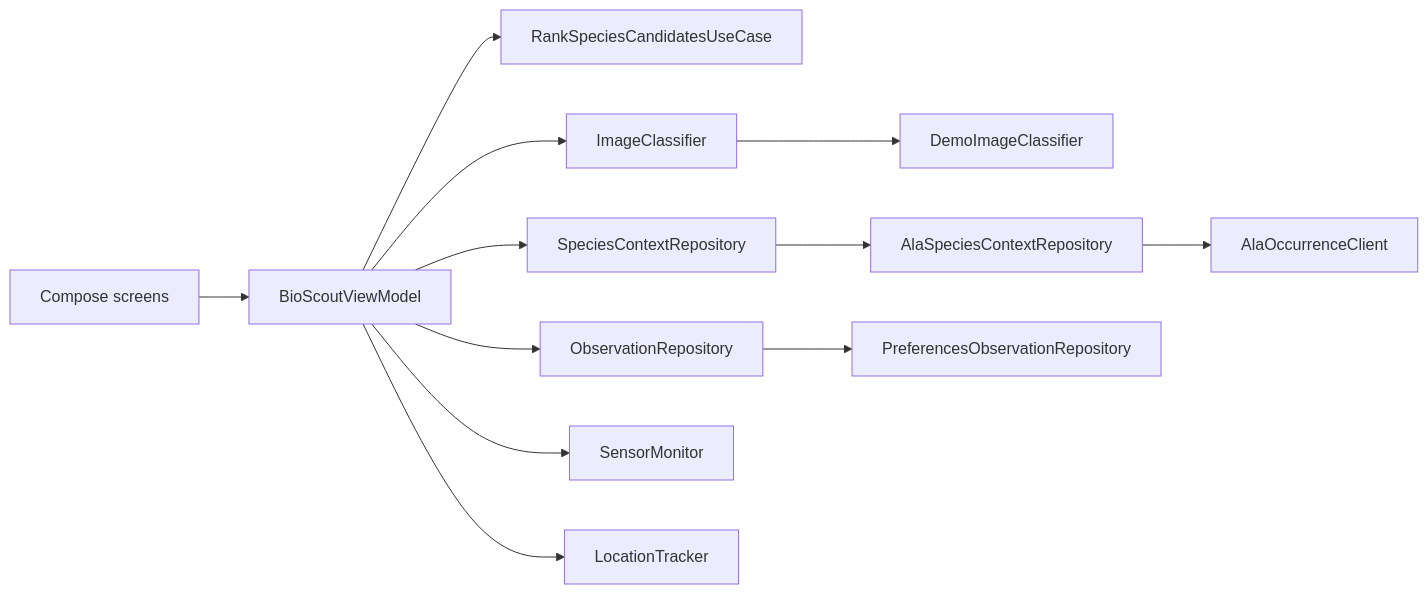
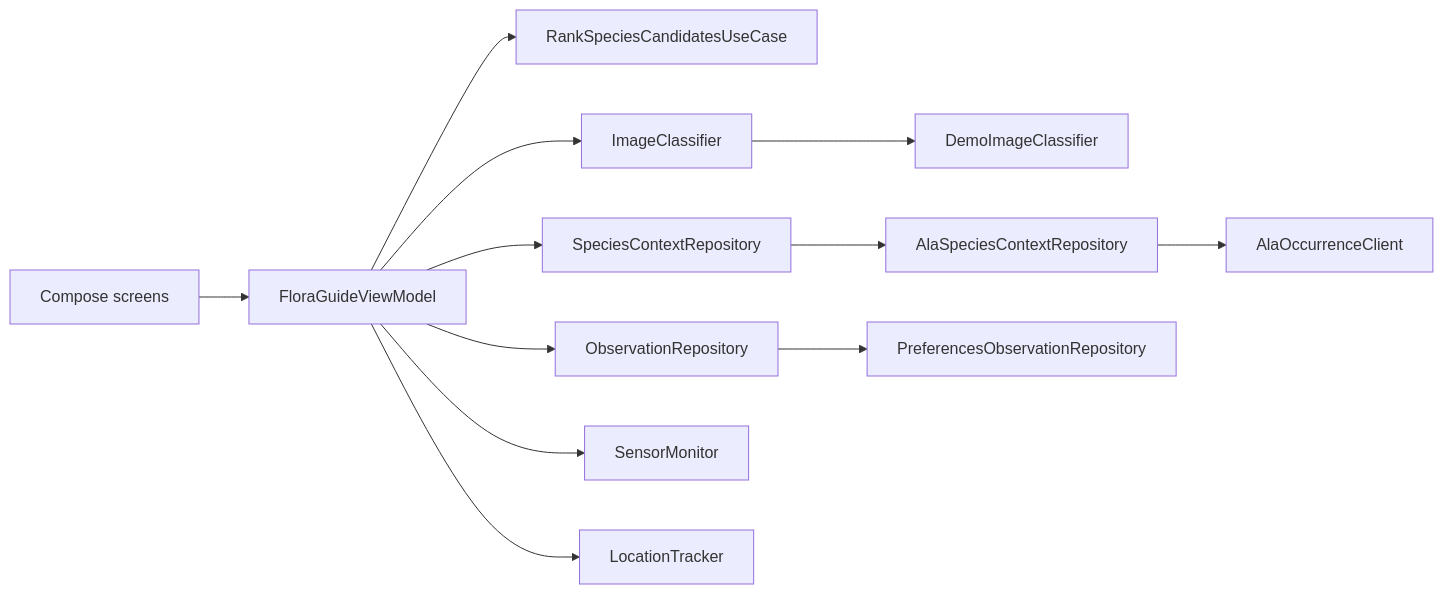
One commit to euchoons/COMP90018_2026_SM2 changed the diagram in docs/ARCHITECTURE.md. Above: the diagram before and after it, drawn with Mermaid. The commit also changed other lines of this file and 65 other files, not shown here.

Commit message:
Rename BioScout to FloraGuide

````diff
--- a/docs/ARCHITECTURE.md
+++ b/docs/ARCHITECTURE.md
@@ -16,15 +16,15 @@
 ```mermaid
 flowchart LR
-    UI[Compose screens] --> VM[BioScoutViewModel]
+    UI[Compose screens] --> VM[FloraGuideViewModel]
     VM --> Rank[RankSpeciesCandidatesUseCase]
     VM --> IC[ImageClassifier]
     VM --> SCR[SpeciesContextRepository]
     VM --> OR[ObservationRepository]
     VM --> Sensors[SensorMonitor]
     VM --> Location[LocationTracker]
 
     IC --> Demo[DemoImageClassifier]
     SCR --> ALA[AlaSpeciesContextRepository]
     ALA --> HTTP[AlaOccurrenceClient]
     OR --> Local[PreferencesObservationRepository]
 ```
````
